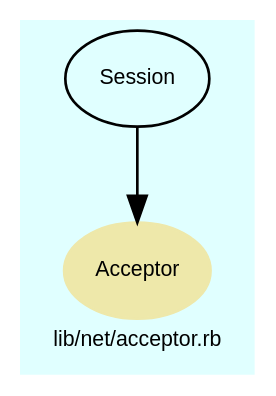
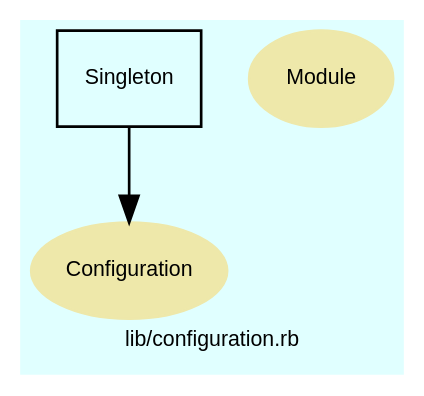
The diagram in doc/dot/f_8.dot (Tyche/teensymud), drawn with Graphviz before and after one commit. The commit also changed 180 other files, not shown here.

```diff
--- a/doc/dot/f_8.dot
+++ b/doc/dot/f_8.dot
@@ -1,31 +1,41 @@
 digraph TopLevel {
     compound = true
     bgcolor = lightcyan1
     fontname = Arial
     fontsize = 8
-    label = "lib/net/acceptor.rb"
+    label = "lib/configuration.rb"
     node [
         fontname = Arial,
         fontsize = 8,
         color = black
     ]
 
-    Acceptor [
+    Configuration [
         fontcolor = black,
-        URL = "classes/Acceptor.html",
+        URL = "classes/Configuration.html",
         shape = ellipse,
         color = palegoldenrod,
         style = filled,
-        label = "Acceptor"
+        label = "Configuration"
     ]
 
-    Session [
-        URL = "classes/Session.html",
-        label = "Session"
+    Module [
+        fontcolor = black,
+        URL = "classes/Module.html",
+        shape = ellipse,
+        color = palegoldenrod,
+        style = filled,
+        label = "Module"
     ]
 
-    Session -> Acceptor [
+    Singleton [
+        URL = "classes/Singleton.html",
+        shape = box,
+        label = "Singleton"
+    ]
+
+    Singleton -> Configuration [
 
     ]
 
 }
```
